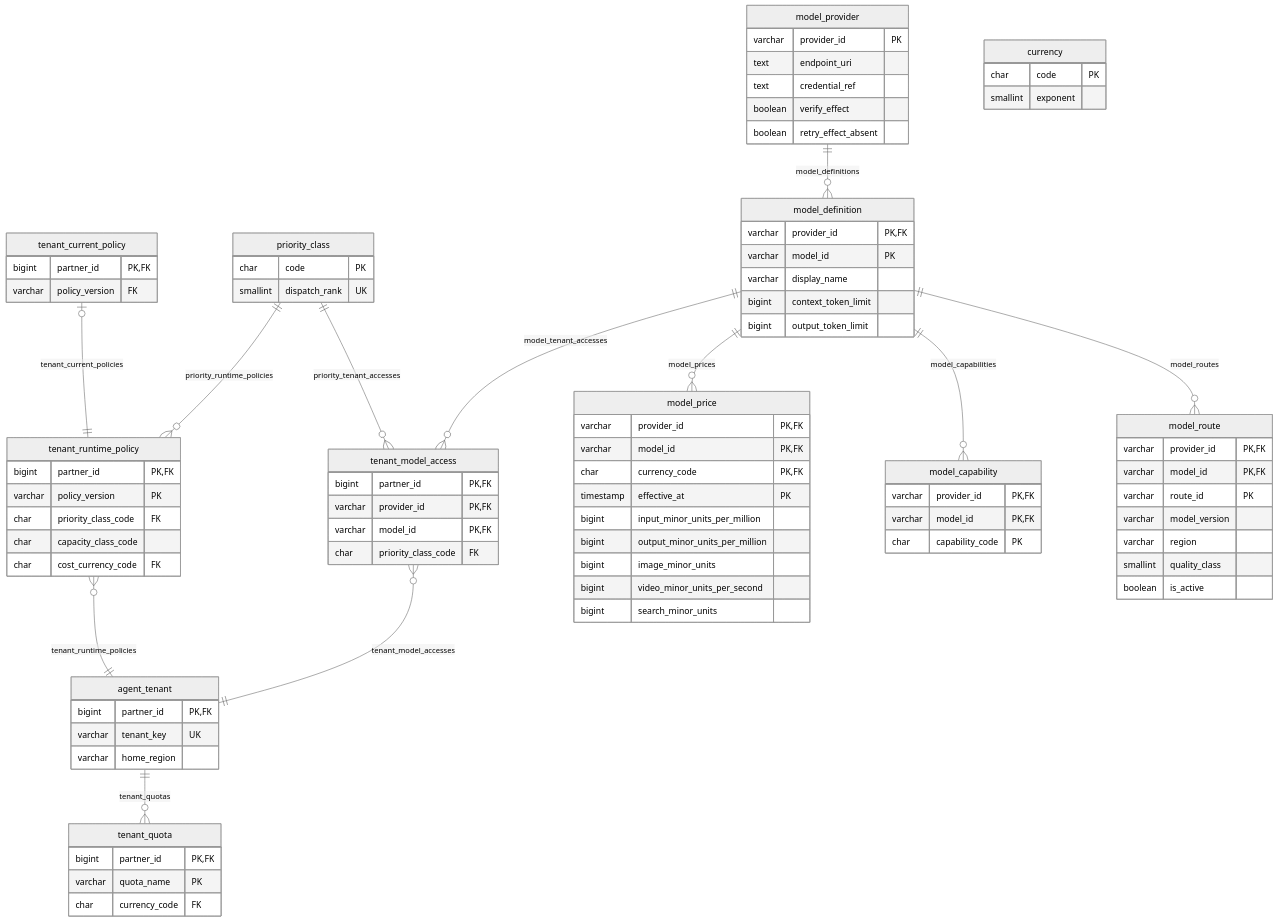
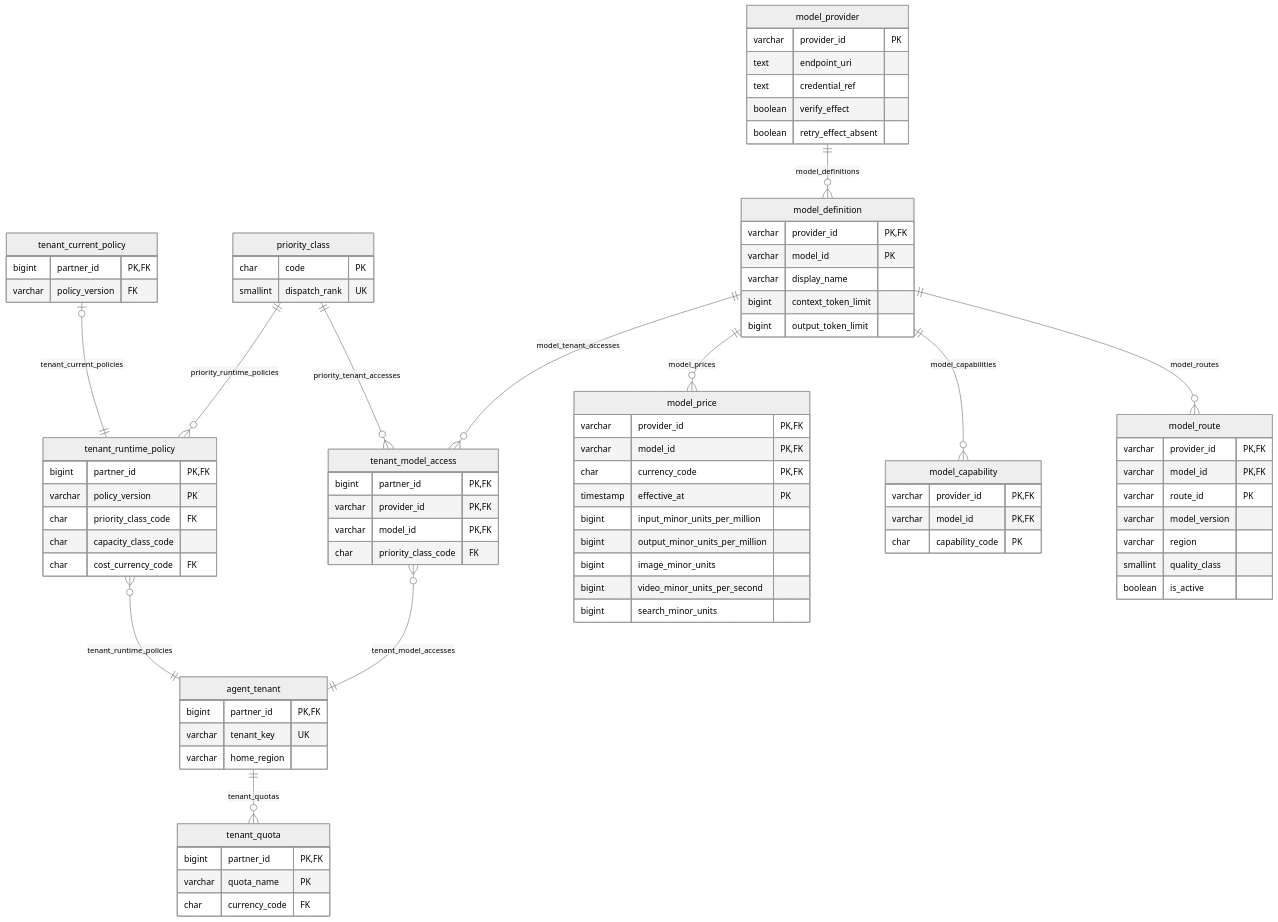
The third of 24 diagrams in doc/database.md (nauticana/scout), drawn with Mermaid (neutral theme) before and after one commit. The commit also changed other lines of this file and 59 other files, not shown here.

```diff
--- a/doc/database.md
+++ b/doc/database.md
@@ -540,10 +553,6 @@
     priority_class {
         char code PK
         smallint dispatch_rank UK
-    }
-    currency {
-        char code PK
-        smallint exponent
     }
     model_provider {
         varchar provider_id PK
```
